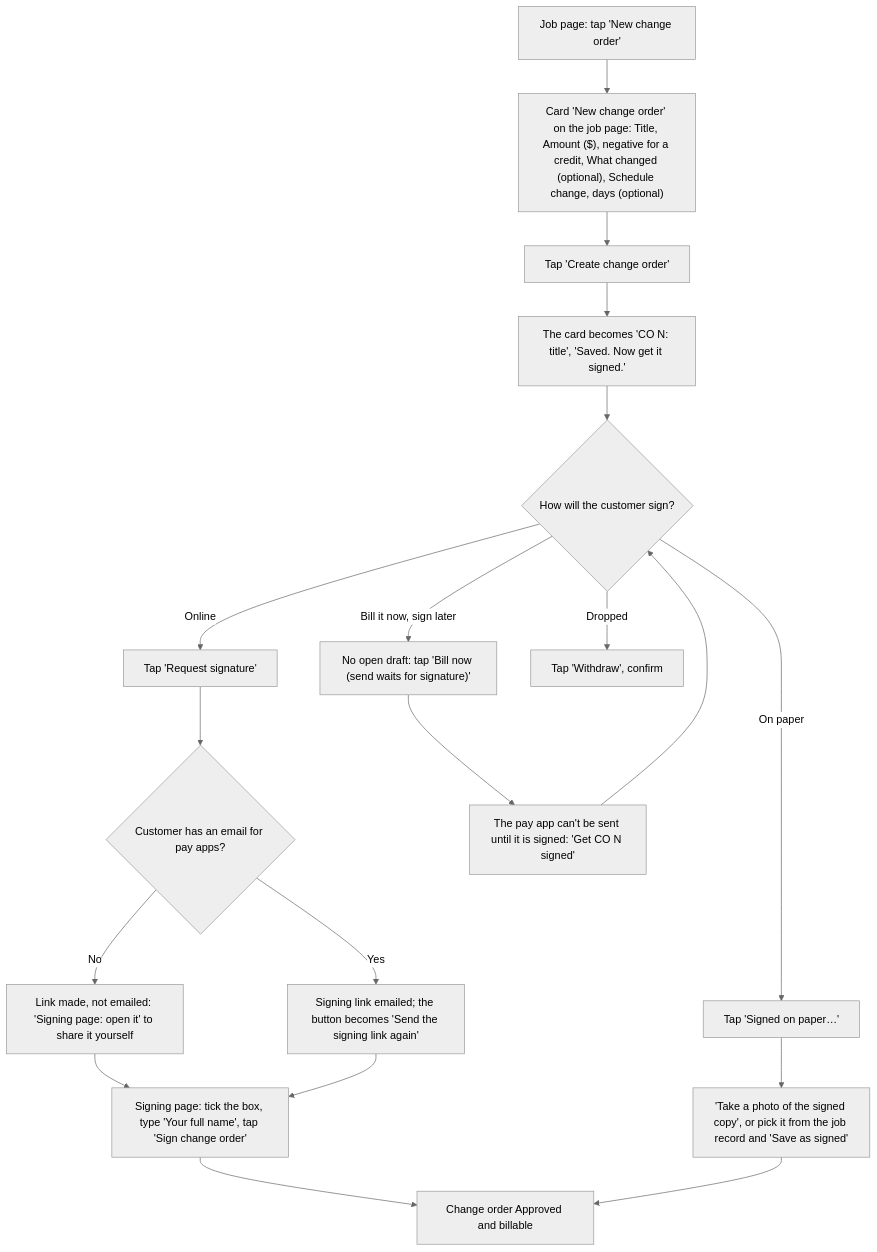
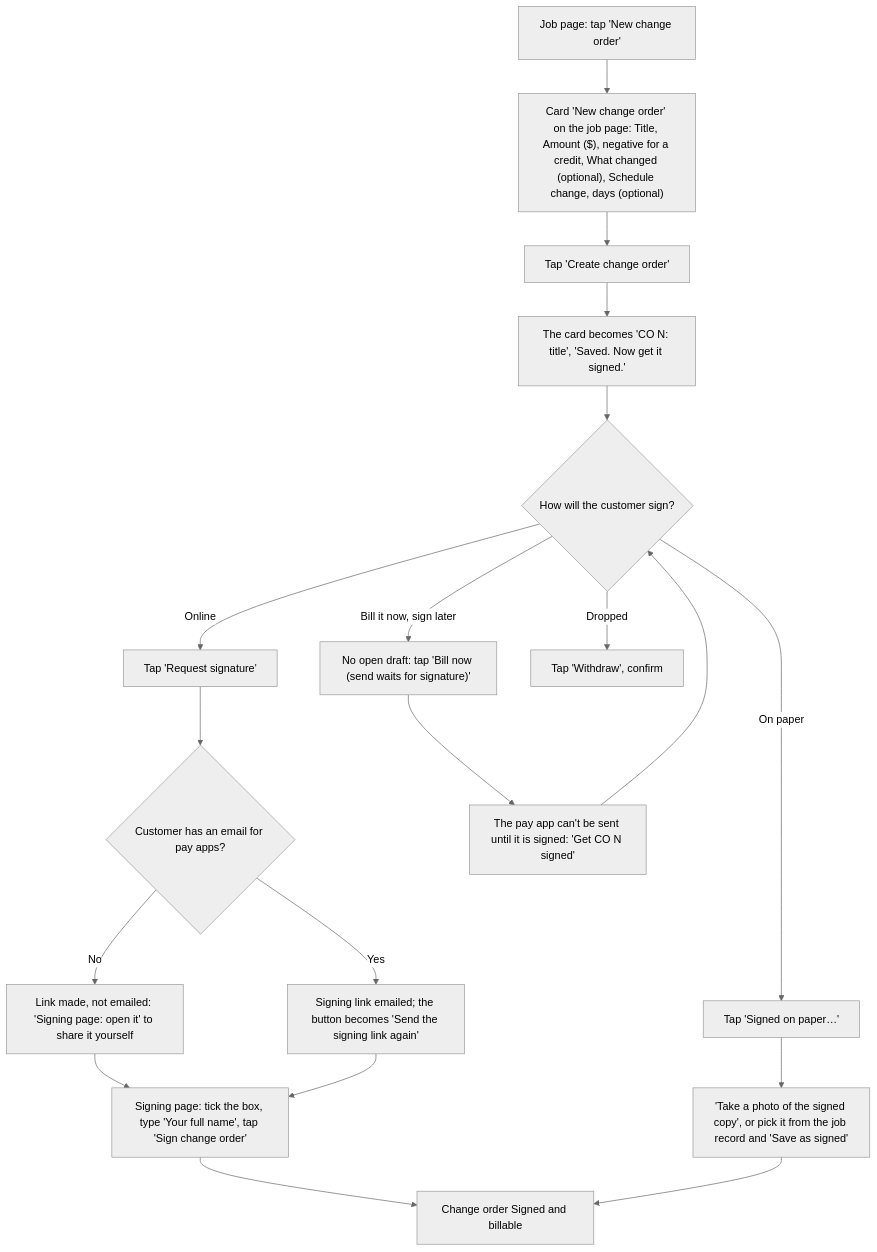
Before and after one commit to cartwrightstephen/billdable: the sixth of 15 diagrams in docs/client-flows.md, drawn with Mermaid (neutral theme). The commit also changed 12 other files, not shown here.

````diff
--- a/docs/client-flows.md
+++ b/docs/client-flows.md
@@ -220,21 +220,21 @@
 ```mermaid
 flowchart TD
     A["Job page: tap 'New change order'"] --> B["Card 'New change order' on the job page: Title, Amount ($), negative for a credit, What changed (optional), Schedule change, days (optional)"]
     B --> D["Tap 'Create change order'"]
     D --> E["The card becomes 'CO N: title', 'Saved. Now get it signed.'"]
     E --> F{"How will the customer sign?"}
     F -->|"Online"| G["Tap 'Request signature'"]
     G --> H{"Customer has an email for pay apps?"}
     H -->|"Yes"| I["Signing link emailed; the button becomes 'Send the signing link again'"]
     H -->|"No"| J["Link made, not emailed: 'Signing page: open it' to share it yourself"]
     J --> K
     I --> K["Signing page: tick the box, type 'Your full name', tap 'Sign change order'"]
     F -->|"On paper"| L["Tap 'Signed on paper…'"]
     L --> M["'Take a photo of the signed copy', or pick it from the job record and 'Save as signed'"]
     F -->|"Bill it now, sign later"| N["No open draft: tap 'Bill now (send waits for signature)'"]
     N --> O["The pay app can't be sent until it is signed: 'Get CO N signed'"]
     O --> F
     F -->|"Dropped"| P["Tap 'Withdraw', confirm"]
-    K --> Q["Change order Approved and billable"]
+    K --> Q["Change order Signed and billable"]
     M --> Q
 ```
````
